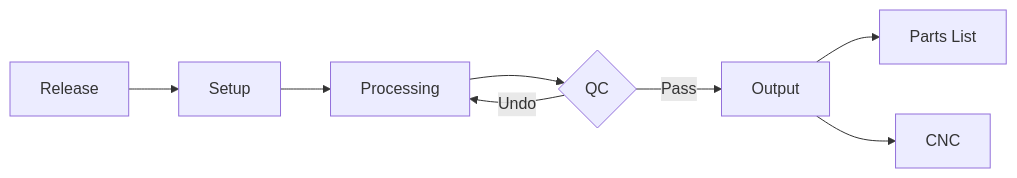
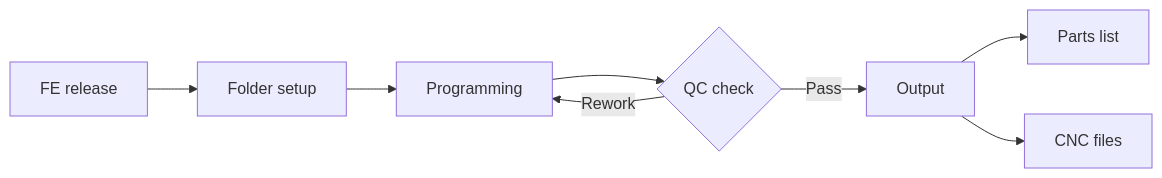
Before and after one commit to cwka-engineering/cwka-engineering.github.io: the fourth of 4 diagrams in onboarding/project-delivery.md, drawn with Mermaid. The commit also changed other lines of this file, not shown here.

First line of the commit message:
Update pre-existing Mermaid diagrams in project-delivery

````diff
--- a/onboarding/project-delivery.md
+++ b/onboarding/project-delivery.md
@@ -364,10 +368,10 @@
 ```mermaid
 graph LR
-A[Release] --> B[Setup]
-B --> C[Processing]
-C --> D{QC}
-D -- Undo --> C
+A[FE release] --> B[Folder setup]
+B --> C[Programming]
+C --> D{QC check}
+D -- Rework --> C
 D -- Pass --> E[Output]
-E --> F[Parts List]
-E --> G[CNC]
+E --> F[Parts list]
+E --> G[CNC files]
 ```
````
